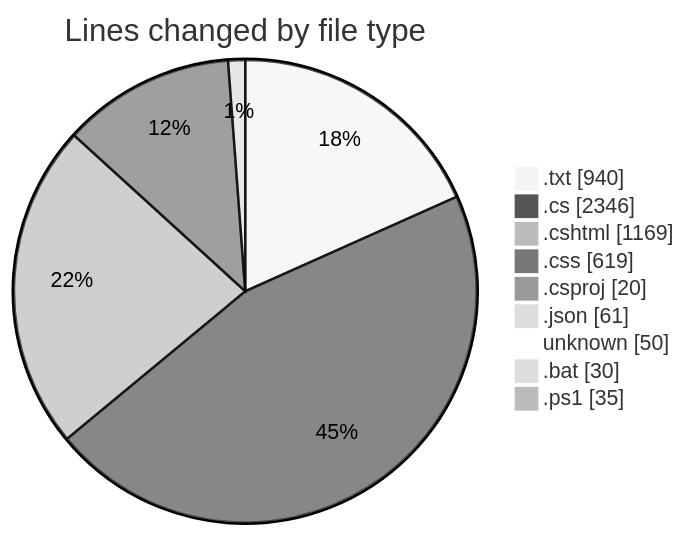
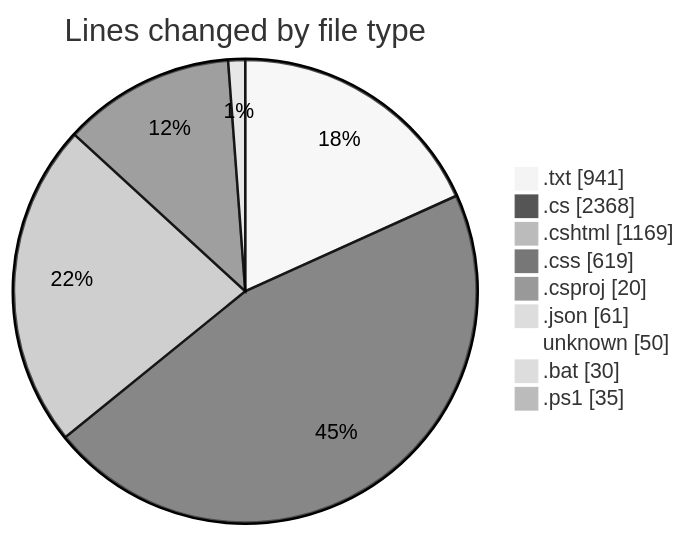
Before and after one commit to lephambinh05/code-tracking: the first of 2 diagrams in 2025-07-26/quanlyrapchieuphim-1/README.md, drawn with Mermaid (neutral theme). The commit also changed other lines of this file and 1 other file, not shown here.

````diff
--- a/2025-07-26/quanlyrapchieuphim-1/README.md
+++ b/2025-07-26/quanlyrapchieuphim-1/README.md
@@ -37,13 +37,13 @@
 ```mermaid
 pie showData
 title Lines changed by file type
-".txt" : 940
-".cs" : 2346
+".txt" : 941
+".cs" : 2368
 ".cshtml" : 1169
 ".css" : 619
 ".csproj" : 20
 ".json" : 61
 "unknown" : 50
 ".bat" : 30
 ".ps1" : 35
 ```
````
